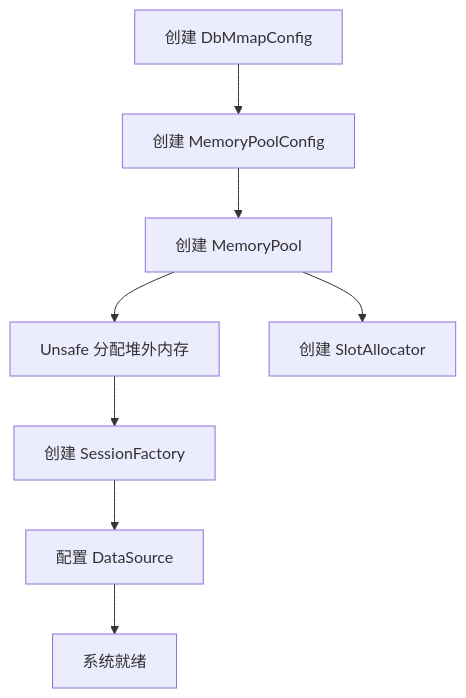
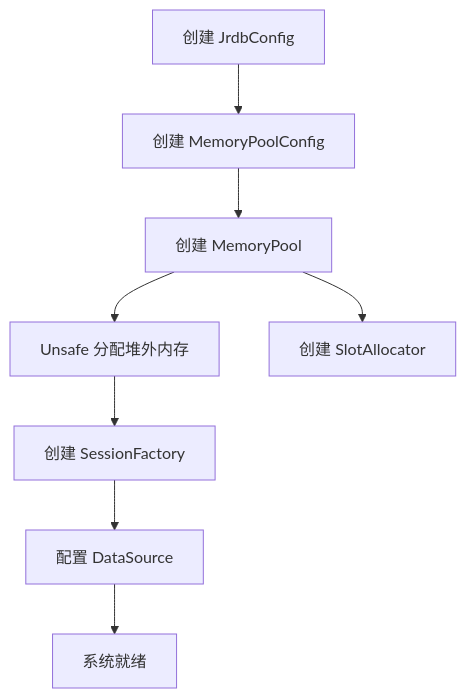
The first of 9 diagrams in doc/deconstruct/core_data_flow.md (itcraft-cn/jrdb), drawn with Mermaid before and after one commit. The commit also changed other lines of this file and 296 other files, not shown here.

````diff
--- a/doc/deconstruct/core_data_flow.md
+++ b/doc/deconstruct/core_data_flow.md
@@ -9,10 +9,10 @@
 ```mermaid
 flowchart TD
-    A[创建 DbMmapConfig] --> B[创建 MemoryPoolConfig]
+    A[创建 JrdbConfig] --> B[创建 MemoryPoolConfig]
     B --> C[创建 MemoryPool]
     C --> D[Unsafe 分配堆外内存]
     C --> E[创建 SlotAllocator]
     D --> F[创建 SessionFactory]
     F --> G[配置 DataSource]
     G --> H[系统就绪]
 ```
````
